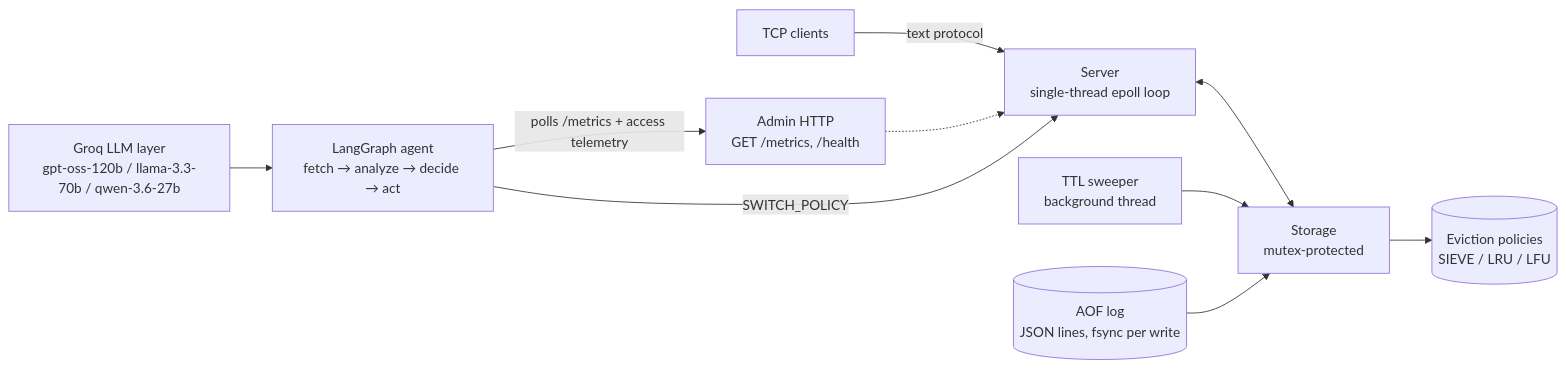
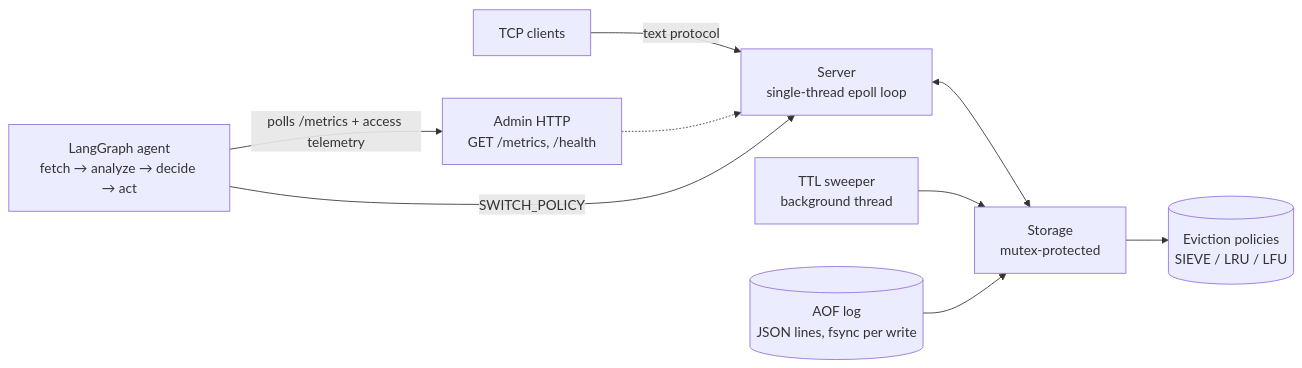
Before and after one commit to ima-d-ice/polycache: the first of 2 diagrams in README.md, drawn with Mermaid. The commit also changed other lines of this file, not shown here.

First line of the commit message:
docs: strip LLM layer from master README, keep Part 1 results

````diff
--- a/README.md
+++ b/README.md
@@ -42,14 +23,13 @@
 ```mermaid
 flowchart LR
     C[TCP clients] -->|text protocol| S[Server<br/>single-thread epoll loop]
     A[Admin HTTP<br/>GET /metrics, /health] -.-> S
 
     S <--> ST[Storage<br/>mutex-protected]
     ST --> P[(Eviction policies<br/>SIEVE / LRU / LFU)]
     TTL[TTL sweeper<br/>background thread] --> ST
     AOF[(AOF log<br/>JSON lines, fsync per write)] --> ST
 
     AG[LangGraph agent<br/>fetch → analyze → decide → act] -->|SWITCH_POLICY| S
     AG -->|polls /metrics + access telemetry| A
-    LLM[Groq LLM layer<br/>gpt-oss-120b / llama-3.3-70b / qwen-3.6-27b] --> AG
-```
+ ```
````
